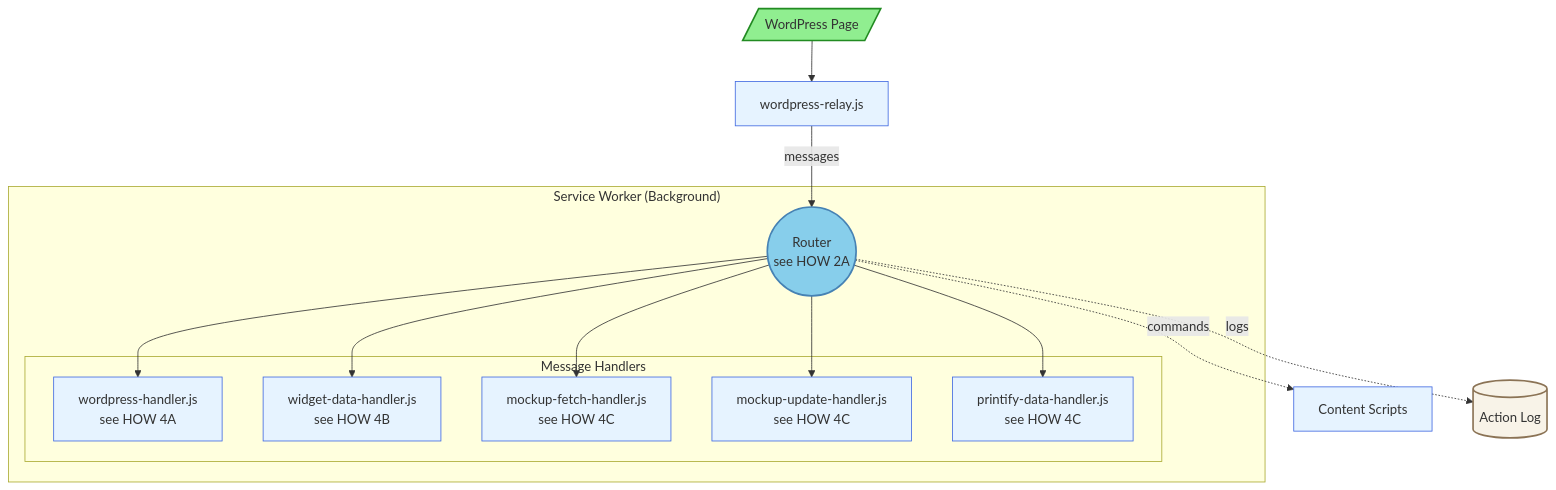
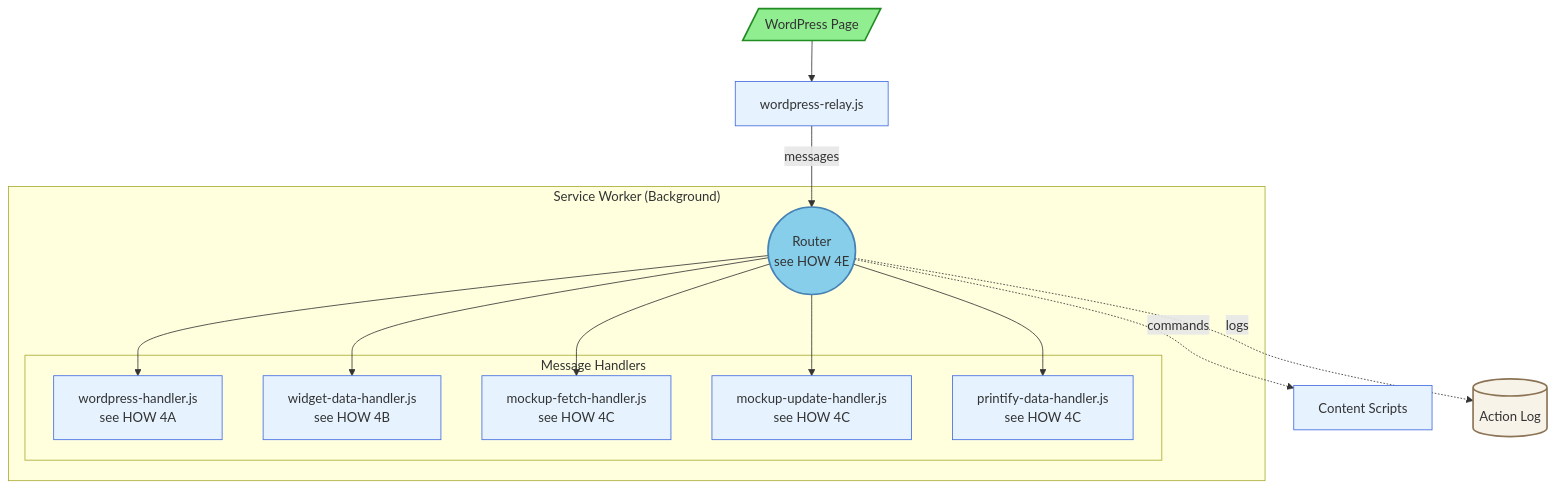
One commit to tdemelle-SiP/.claude changed the third of 5 diagrams in guidelines/sip-printify-manager-extension-guidelines-v2.md. Above: the diagram before and after it, drawn with Mermaid. The commit also changed other lines of this file and 2 other files, not shown here.

````diff
--- a/guidelines/sip-printify-manager-extension-guidelines-v2.md
+++ b/guidelines/sip-printify-manager-extension-guidelines-v2.md
@@ -355,38 +355,38 @@
 ```mermaid
 graph TD
   subgraph "Service Worker (Background)"
-    Router((Router<br/>see HOW 2A))
+    Router((Router<br/>see HOW 4E))
     
     subgraph "Message Handlers"
       WH[wordpress-handler.js<br/>see HOW 4A]
       WDH[widget-data-handler.js<br/>see HOW 4B]
       MFH[mockup-fetch-handler.js<br/>see HOW 4C]
       MUH[mockup-update-handler.js<br/>see HOW 4C]
       PDH[printify-data-handler.js<br/>see HOW 4C]
     end
     
     Router --> WH
     Router --> WDH
     Router --> MFH
     Router --> MUH
     Router --> PDH
   end
   
   WPPage[/"WordPress Page"/] --> WPRelay[wordpress-relay.js]
   WPRelay -->|messages| Router
   
   Router -. commands .-> CS[Content Scripts]
   Router -. logs .-> Logger[(Action Log)]
   
   %% Style definitions
   classDef userFacingStyle fill:#90EE90,stroke:#228B22,stroke-width:2px
   classDef routerStyle fill:#87CEEB,stroke:#4682B4,stroke-width:2px
   classDef scriptStyle fill:#E6F3FF,stroke:#4169E1,stroke-width:1px
   classDef storageStyle fill:#F8F3E8,stroke:#8B7355,stroke-width:2px
   
   %% Apply styles
   class WPPage userFacingStyle
   class Router routerStyle
   class WH,WDH,MFH,MUH,PDH,WPRelay,CS scriptStyle
   class Logger storageStyle
 ```
````
